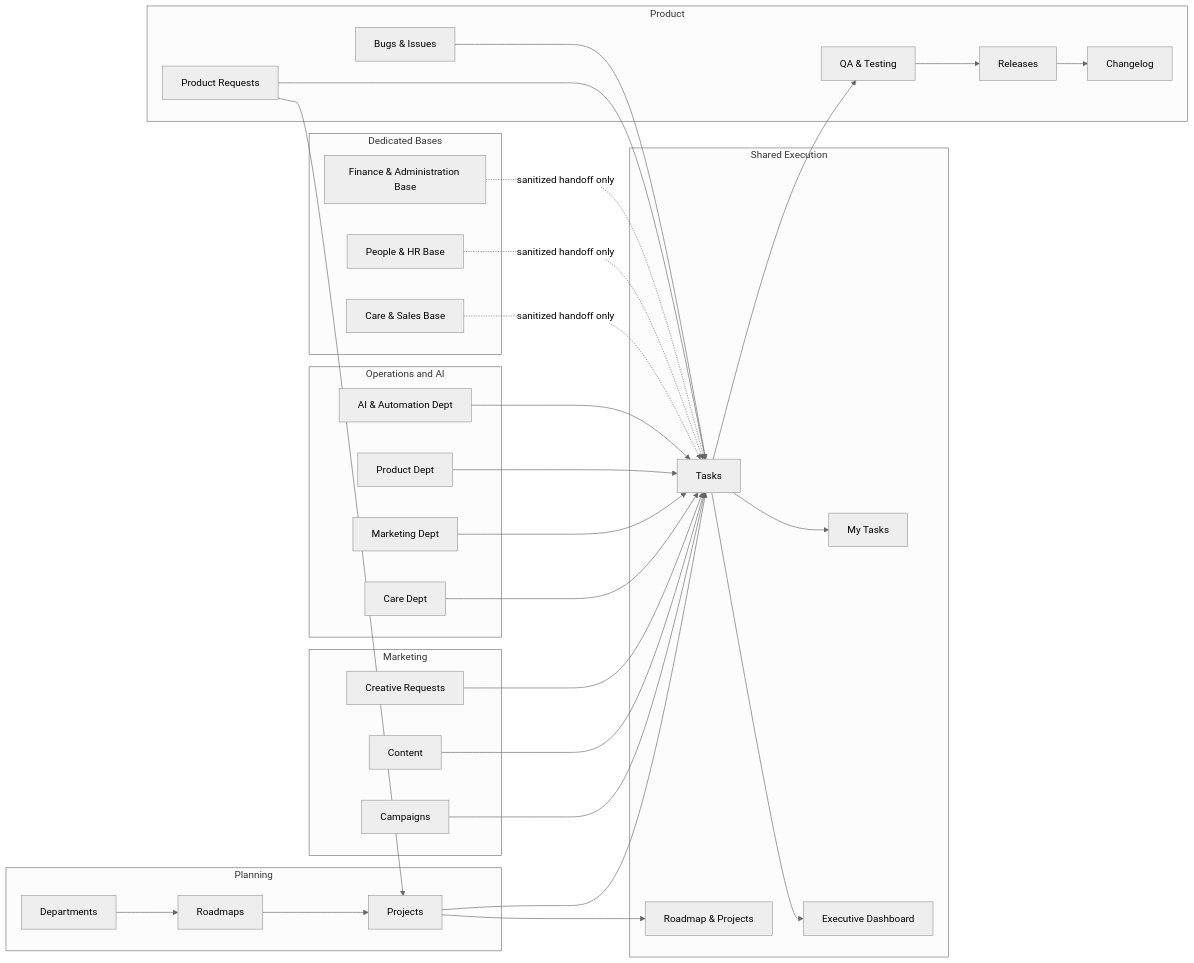
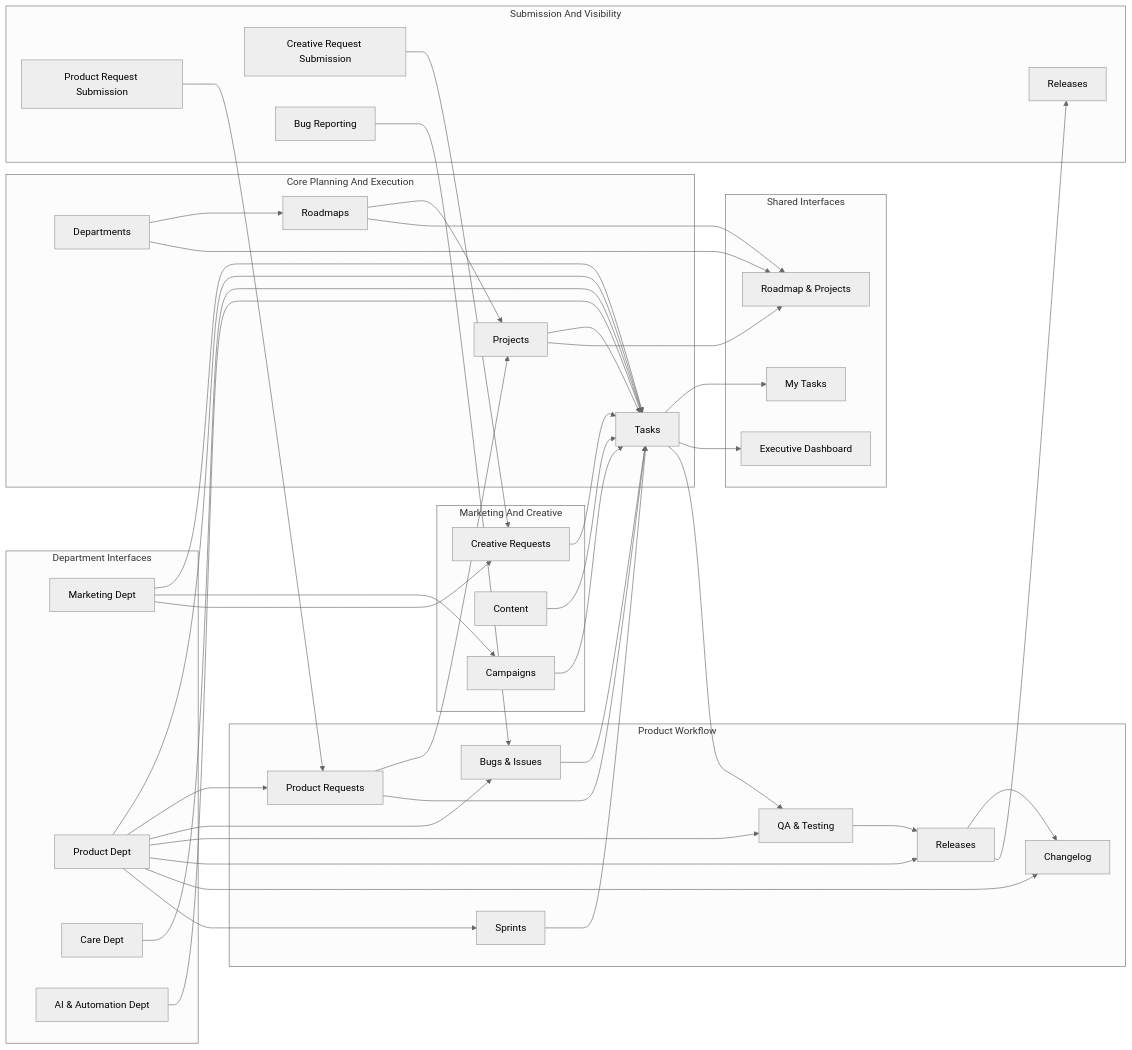
The diagram in Operational Base/README.md (firman19/edu-airtable), drawn with Mermaid (neutral theme) before and after one commit. The commit also changed other lines of this file, not shown here.

Commit message:
feat: update readme op base

````diff
--- a/Operational Base/README.md
+++ b/Operational Base/README.md
@@ -115,69 +115,83 @@
 ```mermaid
 flowchart LR
-    subgraph Strategy["Planning"]
+    subgraph Core["Core Planning And Execution"]
         D[Departments]
         R[Roadmaps]
         P[Projects]
+        T[Tasks]
     end
 
-    subgraph Execution["Shared Execution"]
-        T[Tasks]
-        MT[My Tasks]
-        EX[Executive Dashboard]
-        RP[Roadmap & Projects]
-    end
-
-    subgraph Product["Product"]
+    subgraph Product["Product Workflow"]
         PR[Product Requests]
         BUG[Bugs & Issues]
         QA[QA & Testing]
         REL[Releases]
         CL[Changelog]
+        SPR[Sprints]
     end
 
-    subgraph Marketing["Marketing"]
+    subgraph Marketing["Marketing And Creative"]
         CAM[Campaigns]
         CON[Content]
         CR[Creative Requests]
     end
 
-    subgraph OpsAI["Operations and AI"]
-        CARE[Care Dept]
-        MKT[Marketing Dept]
-        PROD[Product Dept]
-        AID[AI & Automation Dept]
+    subgraph DeptInterfaces["Department Interfaces"]
+        MKTIF[Marketing Dept]
+        PRODIF[Product Dept]
+        CAREIF[Care Dept]
+        AIIF[AI & Automation Dept]
     end
 
-    subgraph ExternalBases["Dedicated Bases"]
-        CS[Care & Sales Base]
-        HR[People & HR Base]
-        FIN[Finance & Administration Base]
+    subgraph SharedInterfaces["Shared Interfaces"]
+        EX[Executive Dashboard]
+        MT[My Tasks]
+        RP[Roadmap & Projects]
+    end
+
+    subgraph Intake["Submission And Visibility"]
+        PRS[Product Request Submission]
+        CRS[Creative Request Submission]
+        BUGR[Bug Reporting]
+        REVI[Releases]
     end
 
     D --> R
     R --> P
     P --> T
+
+    D --> RP
+    R --> RP
+    P --> RP
     T --> MT
     T --> EX
-    P --> RP
 
+    PRS --> PR
     PR --> P
     PR --> T
+    BUGR --> BUG
     BUG --> T
     T --> QA
+    SPR --> T
     QA --> REL
     REL --> CL
+    REL --> REVI
 
+    CRS --> CR
     CAM --> T
     CON --> T
     CR --> T
 
-    CARE --> T
-    MKT --> T
-    PROD --> T
-    AID --> T
-
-    CS -. sanitized handoff only .-> T
-    HR -. sanitized handoff only .-> T
-    FIN -. sanitized handoff only .-> T
+    MKTIF --> T
+    MKTIF --> CAM
+    MKTIF --> CR
+    PRODIF --> T
+    PRODIF --> PR
+    PRODIF --> BUG
+    PRODIF --> QA
+    PRODIF --> REL
+    PRODIF --> CL
+    PRODIF --> SPR
+    CAREIF --> T
+    AIIF --> T
 ```
````
